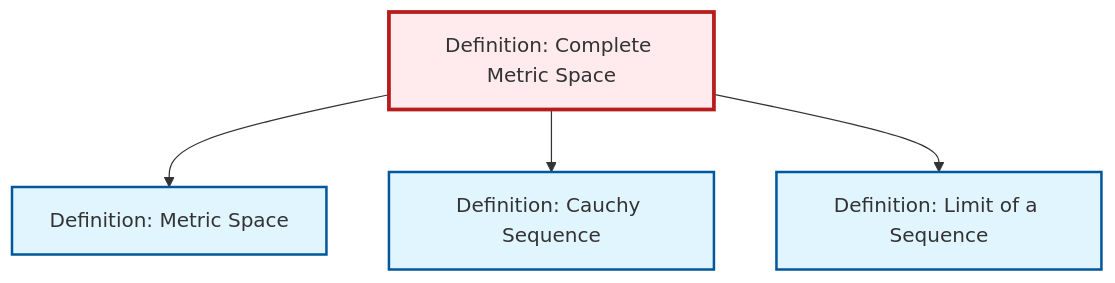
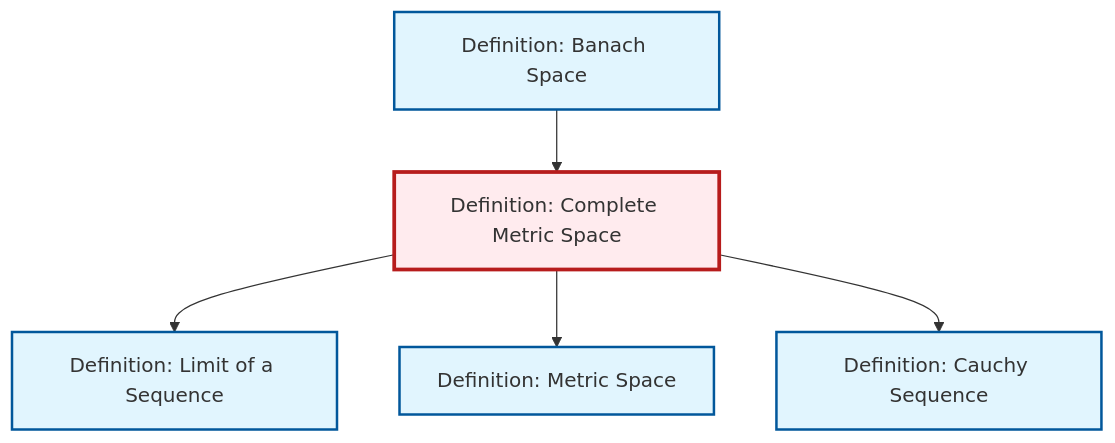
Before and after one commit to RK0429/ModernMath: the diagram in output/mermaid/def-complete-metric-space.mermaid, drawn with Mermaid. The commit also changed 581 other files, not shown here.

First line of the commit message:
feat: Add epimorphism definition and complete integral domain translations

```diff
--- a/output/mermaid/def-complete-metric-space.mermaid
+++ b/output/mermaid/def-complete-metric-space.mermaid
@@ -1,15 +1,17 @@
 %%| fig-cap: "Local dependency graph"
 graph TD
     classDef definition fill:#e1f5fe,stroke:#01579b,stroke-width:2px
     classDef theorem fill:#f3e5f5,stroke:#4a148c,stroke-width:2px
     classDef axiom fill:#fff3e0,stroke:#e65100,stroke-width:2px
     classDef example fill:#e8f5e9,stroke:#1b5e20,stroke-width:2px
     classDef current fill:#ffebee,stroke:#b71c1c,stroke-width:3px
+    def-banach-space["Definition: Banach Space"]:::definition
+    def-metric-space["Definition: Metric Space"]:::definition
+    def-cauchy-sequence["Definition: Cauchy Sequence"]:::definition
     def-limit["Definition: Limit of a Sequence"]:::definition
-    def-cauchy-sequence["Definition: Cauchy Sequence"]:::definition
     def-complete-metric-space["Definition: Complete Metric Space"]:::definition
-    def-metric-space["Definition: Metric Space"]:::definition
+    def-banach-space --> def-complete-metric-space
+    def-complete-metric-space --> def-limit
     def-complete-metric-space --> def-metric-space
     def-complete-metric-space --> def-cauchy-sequence
-    def-complete-metric-space --> def-limit
     class def-complete-metric-space current
```
